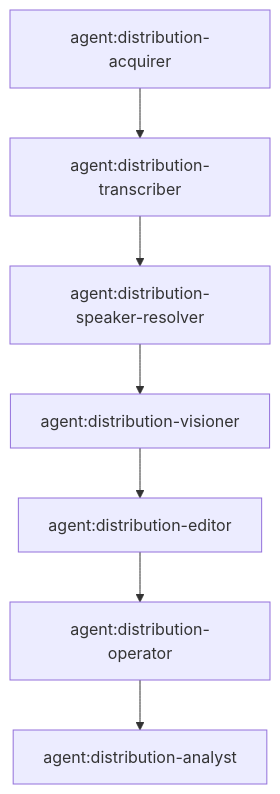
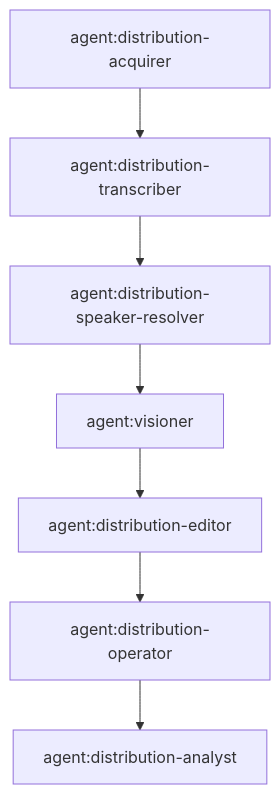
One commit to lalalic/neo changed the diagram in content-distribution/graph.mmd. Above: the diagram before and after it, drawn with Mermaid. The commit also changed 8 other files, not shown here.

Commit message:
Share Neo Visioner directly across Vlog and Content Distribution

```diff
--- a/content-distribution/graph.mmd
+++ b/content-distribution/graph.mmd
@@ -1,7 +1,7 @@
 flowchart TD
     acquire[agent:distribution-acquirer] --> stt[agent:distribution-transcriber]
     stt --> speakers[agent:distribution-speaker-resolver]
-    speakers --> vision[agent:distribution-visioner]
+    speakers --> vision[agent:visioner]
     vision --> edit[agent:distribution-editor]
     edit --> release[agent:distribution-operator]
     release --> measure[agent:distribution-analyst]
```
